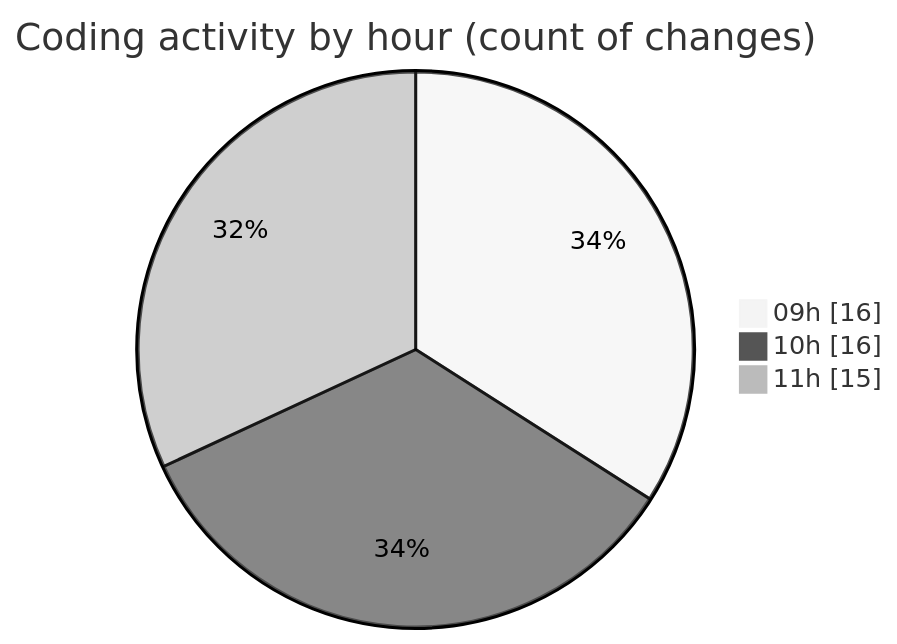
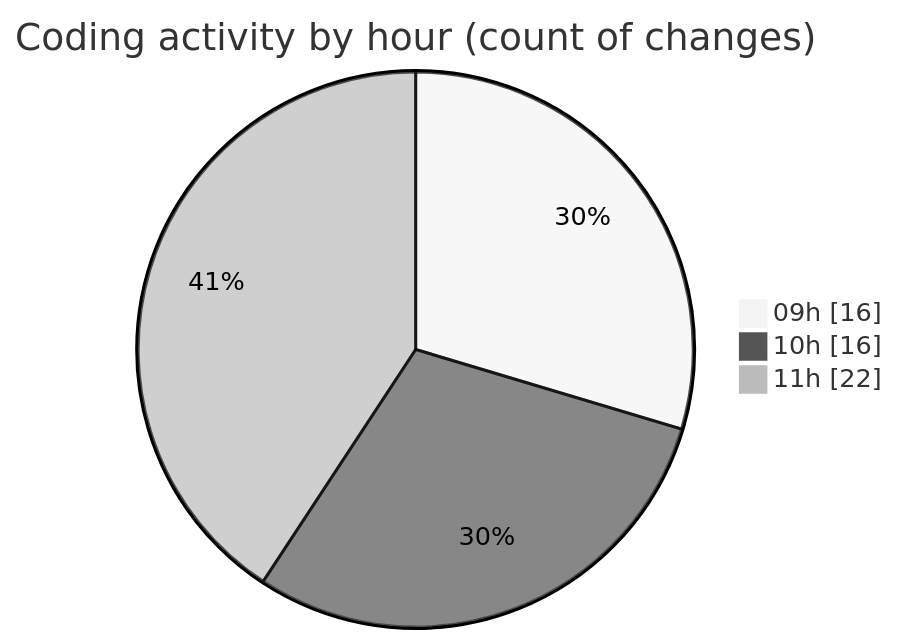
The second of 2 diagrams in 2025-07-04/cda/README.md (momahboobian/code-tracking), drawn with Mermaid (neutral theme) before and after one commit. The commit also changed other lines of this file and 1 other file, not shown here.

````diff
--- a/2025-07-04/cda/README.md
+++ b/2025-07-04/cda/README.md
@@ -39,7 +42,7 @@
 ```mermaid
 pie showData
 title Coding activity by hour (count of changes)
 "09h" : 16
 "10h" : 16
-"11h" : 15
+"11h" : 22
 ```
````
